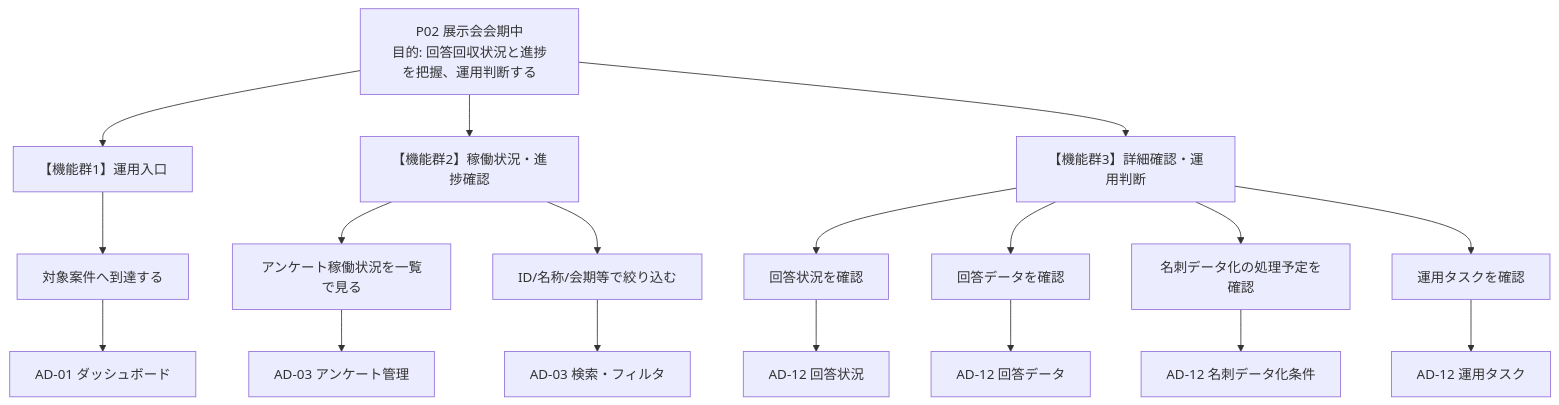
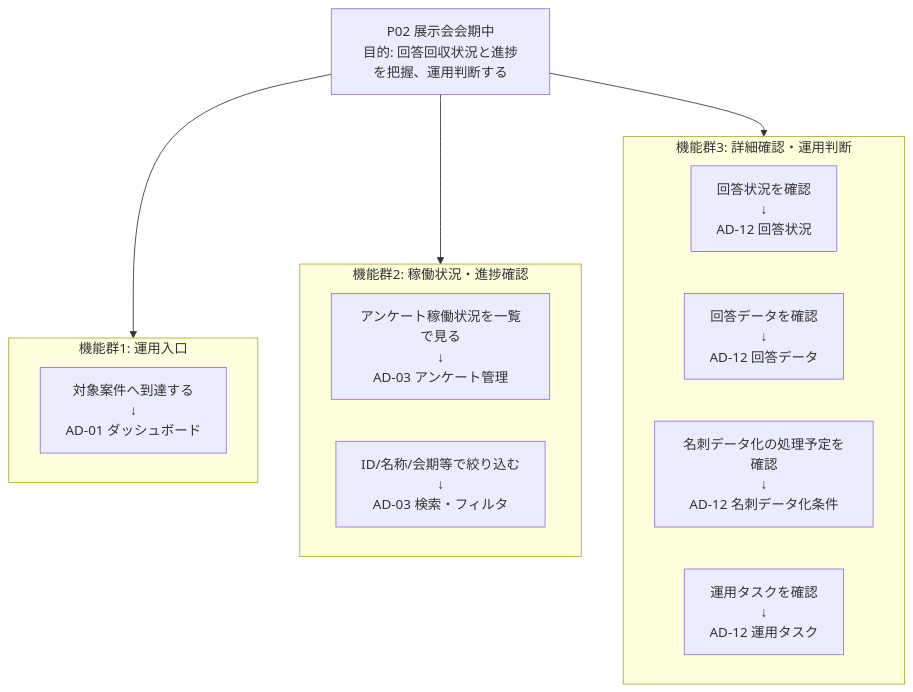
The third of 7 diagrams in docs/リライト版仕様書/admin/26_admin_function_genre_inventory.md (AbroadUmedaShota/SPPED-AD-TEST), drawn with Mermaid before and after one commit. The commit also changed other lines of this file, not shown here.

````diff
--- a/docs/リライト版仕様書/admin/26_admin_function_genre_inventory.md
+++ b/docs/リライト版仕様書/admin/26_admin_function_genre_inventory.md
@@ -187,29 +174,24 @@
 ```mermaid
 flowchart TB
     Phase["P02 展示会会期中<br/>目的: 回答回収状況と進捗を把握、運用判断する"]
 
-    Phase --> F1["【機能群1】運用入口"]
-    Phase --> F2["【機能群2】稼働状況・進捗確認"]
-    Phase --> F3["【機能群3】詳細確認・運用判断"]
+    subgraph G1["機能群1: 運用入口"]
+      N1A["対象案件へ到達する<br/>↓<br/>AD-01 ダッシュボード"]
+    end
 
-    F1 --> W1A["対象案件へ到達する"]
-    W1A --> H1A["AD-01 ダッシュボード"]
+    subgraph G2["機能群2: 稼働状況・進捗確認"]
+      N2A["アンケート稼働状況を一覧で見る<br/>↓<br/>AD-03 アンケート管理"]
+      N2B["ID/名称/会期等で絞り込む<br/>↓<br/>AD-03 検索・フィルタ"]
+    end
 
-    F2 --> W2A["アンケート稼働状況を一覧で見る"]
-    W2A --> H2A["AD-03 アンケート管理"]
+    subgraph G3["機能群3: 詳細確認・運用判断"]
+      N3A["回答状況を確認<br/>↓<br/>AD-12 回答状況"]
+      N3B["回答データを確認<br/>↓<br/>AD-12 回答データ"]
+      N3C["名刺データ化の処理予定を確認<br/>↓<br/>AD-12 名刺データ化条件"]
+      N3D["運用タスクを確認<br/>↓<br/>AD-12 運用タスク"]
+    end
 
-    F2 --> W2B["ID/名称/会期等で絞り込む"]
-    W2B --> H2B["AD-03 検索・フィルタ"]
-
-    F3 --> W3A["回答状況を確認"]
-    W3A --> H3A["AD-12 回答状況"]
-
-    F3 --> W3B["回答データを確認"]
-    W3B --> H3B["AD-12 回答データ"]
-
-    F3 --> W3C["名刺データ化の処理予定を確認"]
-    W3C --> H3C["AD-12 名刺データ化条件"]
-
-    F3 --> W3D["運用タスクを確認"]
-    W3D --> H3D["AD-12 運用タスク"]
+    Phase --> G1
+    Phase --> G2
+    Phase --> G3
 ```
````
